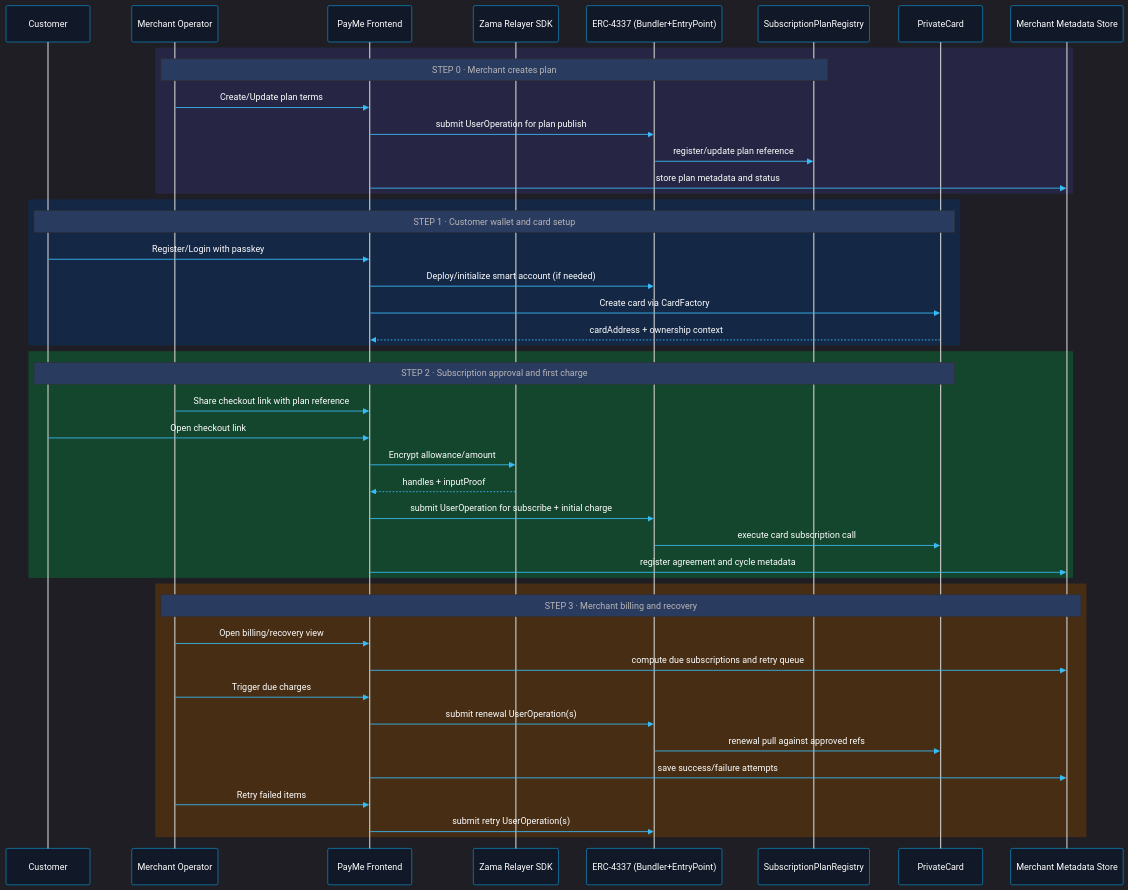
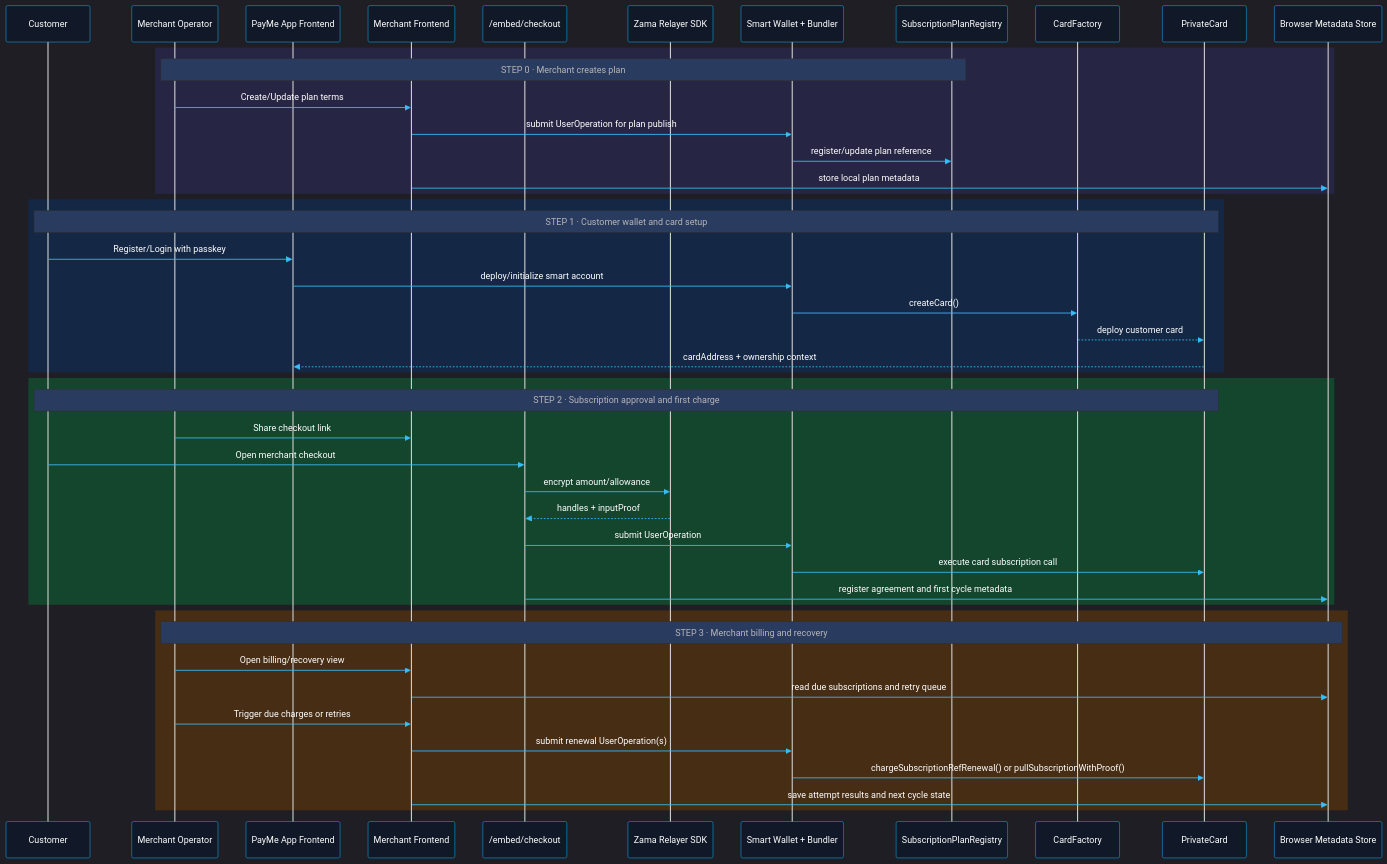
Before and after one commit to tekuuu/PayMe: the first of 2 diagrams in README.md, drawn with Mermaid. The commit also changed other lines of this file, not shown here.

Commit message:
docs: align README architecture with implemented flows

````diff
--- a/README.md
+++ b/README.md
@@ -144,51 +146,53 @@
 ```mermaid
 %%{init: {'theme':'dark', 'themeVariables': { 'primaryColor':'#0ea5e9', 'primaryTextColor':'#ffffff', 'primaryBorderColor':'#0284c7', 'lineColor':'#38bdf8', 'secondaryColor':'#1e293b', 'tertiaryColor':'#334155', 'background':'#0b1220', 'mainBkg':'#111827', 'secondBkg':'#1f2937', 'labelBackground':'#1f2937', 'labelTextColor':'#ffffff', 'actorBkg':'#111827', 'actorBorder':'#0ea5e9', 'actorTextColor':'#ffffff', 'signalColor':'#38bdf8', 'signalTextColor':'#ffffff'}}}%%
 sequenceDiagram
     participant User as Customer
     participant Merchant as Merchant Operator
-    participant UI as PayMe Frontend
+    participant App as PayMe App Frontend
+    participant MUI as Merchant Frontend
+    participant Checkout as /embed/checkout
     participant SDK as Zama Relayer SDK
-    participant AA as ERC-4337 (Bundler+EntryPoint)
+    participant AA as Smart Wallet + Bundler
     participant Registry as SubscriptionPlanRegistry
+    participant Factory as CardFactory
     participant Card as PrivateCard
-    participant CP as Merchant Metadata Store
+    participant CP as Browser Metadata Store
 
     rect rgb(38,38,68)
         Note over Merchant,Registry: STEP 0 · Merchant creates plan
-        Merchant->>UI: Create/Update plan terms
-        UI->>AA: submit UserOperation for plan publish
+        Merchant->>MUI: Create/Update plan terms
+        MUI->>AA: submit UserOperation for plan publish
         AA->>Registry: register/update plan reference
-        UI->>CP: store plan metadata and status
+        MUI->>CP: store local plan metadata
     end
 
     rect rgb(20,40,70)
         Note over User,Card: STEP 1 · Customer wallet and card setup
-        User->>UI: Register/Login with passkey
-        UI->>AA: Deploy/initialize smart account (if needed)
-        UI->>Card: Create card via CardFactory
-        Card-->>UI: cardAddress + ownership context
+        User->>App: Register/Login with passkey
+        App->>AA: deploy/initialize smart account
+        AA->>Factory: createCard()
+        Factory-->>Card: deploy customer card
+        Card-->>App: cardAddress + ownership context
     end
 
     rect rgb(20,70,45)
         Note over User,Card: STEP 2 · Subscription approval and first charge
-        Merchant->>UI: Share checkout link with plan reference
-        User->>UI: Open checkout link
-        UI->>SDK: Encrypt allowance/amount
-        SDK-->>UI: handles + inputProof
-        UI->>AA: submit UserOperation for subscribe + initial charge
+        Merchant->>MUI: Share checkout link
+        User->>Checkout: Open merchant checkout
+        Checkout->>SDK: encrypt amount/allowance
+        SDK-->>Checkout: handles + inputProof
+        Checkout->>AA: submit UserOperation
         AA->>Card: execute card subscription call
-        UI->>CP: register agreement and cycle metadata
+        Checkout->>CP: register agreement and first cycle metadata
     end
 
     rect rgb(70,45,20)
         Note over Merchant,CP: STEP 3 · Merchant billing and recovery
-        Merchant->>UI: Open billing/recovery view
-        UI->>CP: compute due subscriptions and retry queue
-        Merchant->>UI: Trigger due charges
-        UI->>AA: submit renewal UserOperation(s)
-        AA->>Card: renewal pull against approved refs
-        UI->>CP: save success/failure attempts
-        Merchant->>UI: Retry failed items
-        UI->>AA: submit retry UserOperation(s)
+        Merchant->>MUI: Open billing/recovery view
+        MUI->>CP: read due subscriptions and retry queue
+        Merchant->>MUI: Trigger due charges or retries
+        MUI->>AA: submit renewal UserOperation(s)
+        AA->>Card: chargeSubscriptionRefRenewal() or pullSubscriptionWithProof()
+        MUI->>CP: save attempt results and next cycle state
     end
 ```
````
